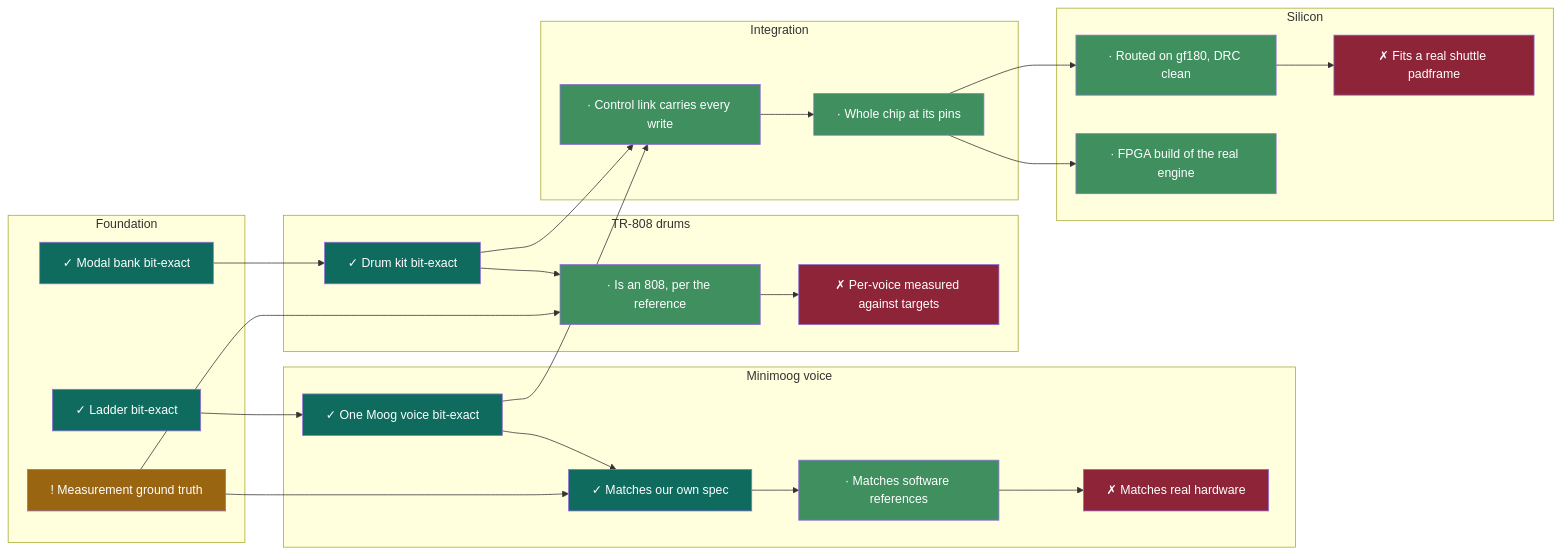
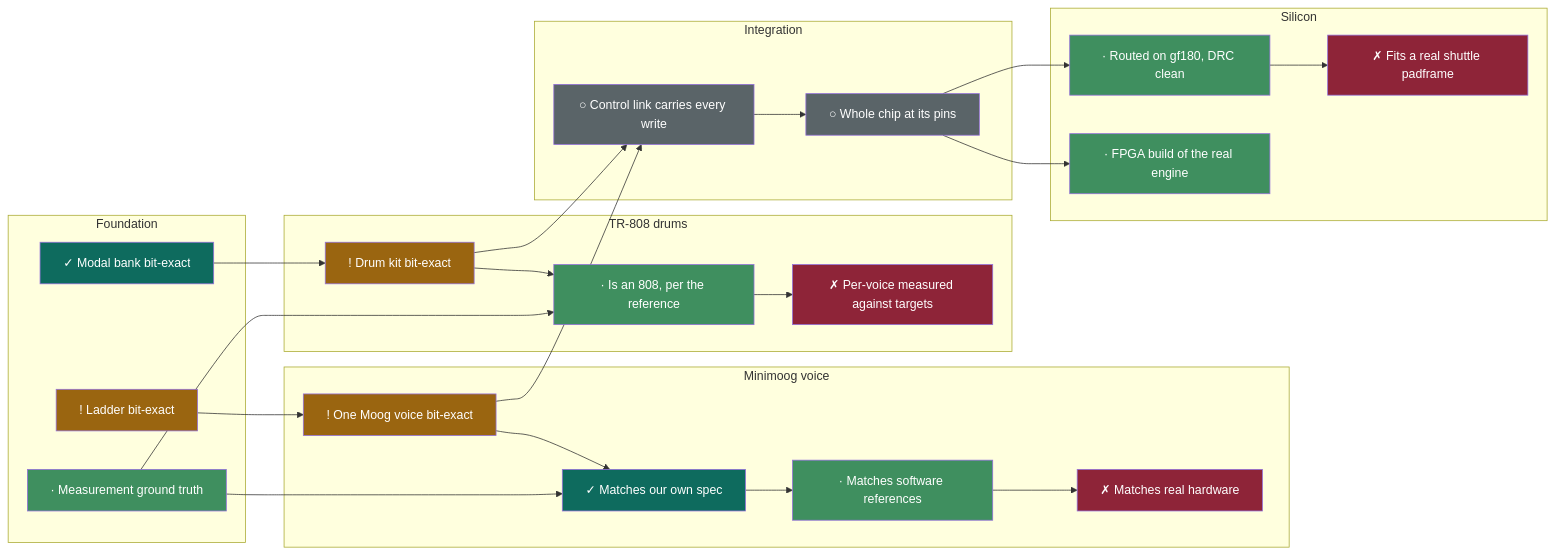
The diagram in README.md (2AMLogic/gf180-parasynth), drawn with Mermaid before and after one commit. The commit also changed other lines of this file, not shown here.

Commit message:
Drop README.md from this PR: it is generated, and main's [dag] regens own it
main pushes ~3 '[dag] regenerate the roadmap from evidence' commits per day,
each rewriting the DAG block this branch carried -- six conflict rounds on the
same hunk. The branch now lets main's README win at every merge (ours == base
for this file), so the table catches up on the first post-merge [dag] push
regenerated from the merged records, which the workflow this PR installs
writes. docs/dag-results.json stays: it is the evidence #787 asks for, and it
auto-merges under the union policy the nightly itself applies.

````diff
--- a/README.md
+++ b/README.md
@@ -69,58 +69,58 @@
 ```mermaid
 graph LR
   subgraph foundation["Foundation"]
-    F1["✓ Ladder bit-exact"]
+    F1["! Ladder bit-exact"]
     F2["✓ Modal bank bit-exact"]
-    F3["! Measurement ground truth"]
+    F3["· Measurement ground truth"]
   end
   subgraph minimoog["Minimoog voice"]
-    M1["✓ One Moog voice bit-exact"]
+    M1["! One Moog voice bit-exact"]
     M2["✓ Matches our own spec"]
     M3["· Matches software references"]
     M4["✗ Matches real hardware"]
   end
   subgraph drums["TR-808 drums"]
-    D1["✓ Drum kit bit-exact"]
+    D1["! Drum kit bit-exact"]
     D2["· Is an 808, per the reference"]
     D3["✗ Per-voice measured against targets"]
   end
   subgraph integration["Integration"]
-    I1["· Control link carries every write"]
-    I2["· Whole chip at its pins"]
+    I1["○ Control link carries every write"]
+    I2["○ Whole chip at its pins"]
   end
   subgraph silicon["Silicon"]
     S1["· Routed on gf180, DRC clean"]
     S2["✗ Fits a real shuttle padframe"]
     S3["· FPGA build of the real engine"]
   end
   F1 --> M1
   M1 --> M2
   F3 --> M2
   M2 --> M3
   M3 --> M4
   F2 --> D1
   D1 --> D2
   F3 --> D2
   D2 --> D3
   M1 --> I1
   D1 --> I1
   I1 --> I2
   I2 --> S1
   S1 --> S2
   I2 --> S3
-  style F1 fill:#0E6B5E,color:#fff
+  style F1 fill:#9A6510,color:#fff
   style F2 fill:#0E6B5E,color:#fff
-  style F3 fill:#9A6510,color:#fff
-  style M1 fill:#0E6B5E,color:#fff
+  style F3 fill:#3f8f5f,color:#fff
+  style M1 fill:#9A6510,color:#fff
   style M2 fill:#0E6B5E,color:#fff
   style M3 fill:#3f8f5f,color:#fff
   style M4 fill:#8E2438,color:#fff
-  style D1 fill:#0E6B5E,color:#fff
+  style D1 fill:#9A6510,color:#fff
   style D2 fill:#3f8f5f,color:#fff
   style D3 fill:#8E2438,color:#fff
-  style I1 fill:#3f8f5f,color:#fff
-  style I2 fill:#3f8f5f,color:#fff
+  style I1 fill:#5a6468,color:#fff
+  style I2 fill:#5a6468,color:#fff
   style S1 fill:#3f8f5f,color:#fff
   style S2 fill:#8E2438,color:#fff
   style S3 fill:#3f8f5f,color:#fff
 ```
````
